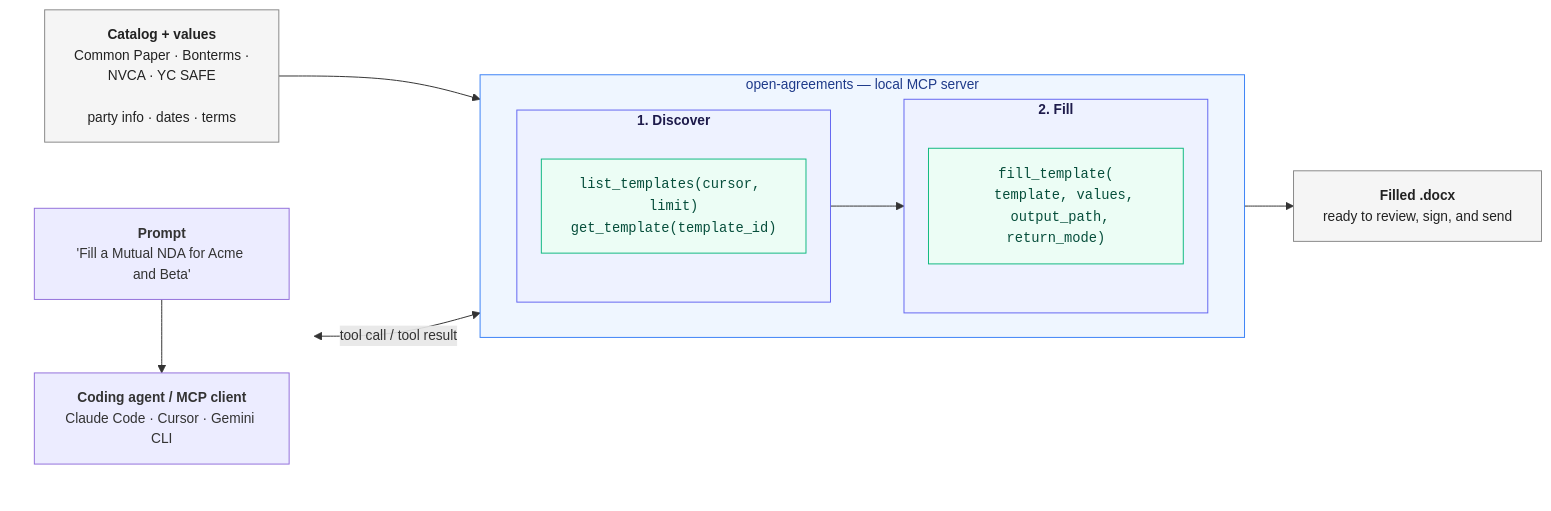
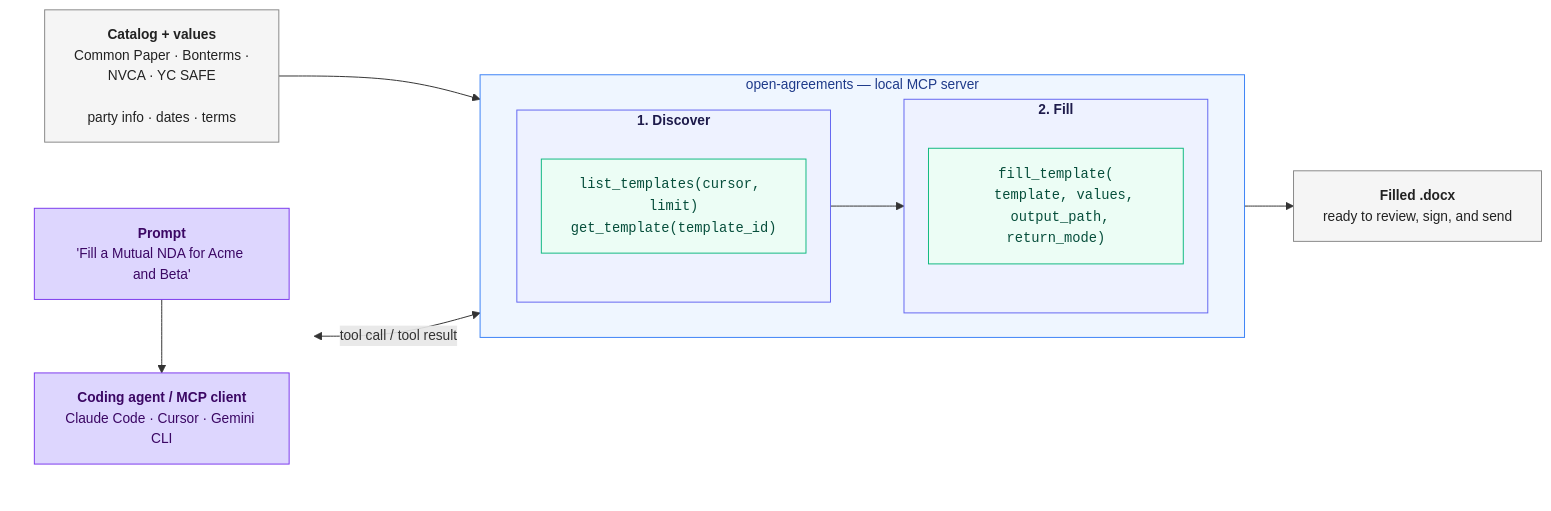
The diagram in README.md (open-agreements/open-agreements), drawn with Mermaid before and after one commit. The commit also changed 4 other files, not shown here.

````diff
--- a/README.md
+++ b/README.md
@@ -61,46 +61,47 @@
 ```mermaid
 %%{init: {"flowchart": {"htmlLabels": true, "curve": "basis", "nodeSpacing": 30, "rankSpacing": 50}, "themeVariables": {"fontSize": "14px"}} }%%
 flowchart LR
     InputLeft["<b>Catalog + values</b><br/>Common Paper · Bonterms ·<br/>NVCA · YC SAFE<br/><br/>party info · dates · terms"]
 
     subgraph Server["open-agreements — local MCP server"]
         direction LR
 
         subgraph Discover["<b>1. Discover</b>"]
             direction TB
             DiscTool["<code>list_templates(cursor, limit)</code><br/><code>get_template(template_id)</code>"]
         end
 
         subgraph Fill["<b>2. Fill</b>"]
             direction TB
             FillTool["<code>fill_template(<br/>&nbsp;&nbsp;template, values,<br/>&nbsp;&nbsp;output_path, return_mode)</code>"]
         end
 
         Discover --> Fill
     end
 
     OutputRight["<b>Filled .docx</b><br/>ready to review, sign, and send"]
 
     subgraph Client [" "]
         direction TB
         Prompt["<b>Prompt</b><br/>'Fill a Mutual NDA for Acme and Beta'"]
         Agent["<b>Coding agent / MCP client</b><br/>Claude Code · Cursor · Gemini CLI"]
         Prompt --> Agent
     end
 
     InputLeft --> Discover
     Fill --> OutputRight
     Agent <-->|tool call / tool result| Server
 
     classDef io fill:#f5f5f5,stroke:#888,color:#222
     classDef server fill:#eff6ff,stroke:#3b82f6,color:#1e3a8a
     classDef stage fill:#eef2ff,stroke:#6366f1,color:#1e1b4b
     classDef tools fill:#ecfdf5,stroke:#10b981,color:#064e3b
+    classDef ext fill:#ddd6fe,stroke:#7c3aed,color:#3b0764
     classDef hidden fill:none,stroke:none
     class InputLeft,OutputRight io
     class Server server
     class Discover,Fill stage
     class DiscTool,FillTool tools
     class Prompt,Agent ext
     class Client hidden
 ```
````
